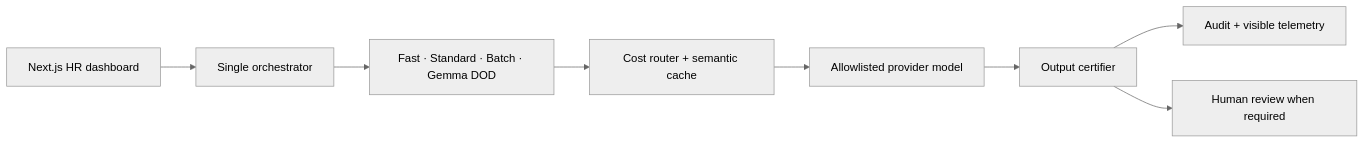
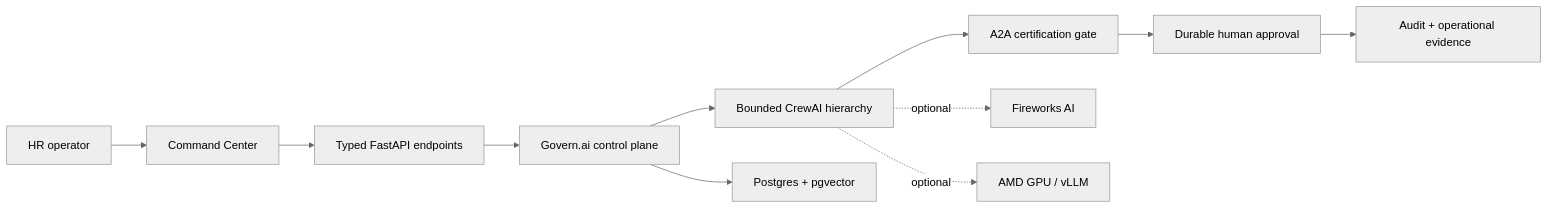
The first of 2 diagrams in README.md (W4sP4nx2/HR-AI-Operations), drawn with Mermaid (neutral theme) before and after one commit. The commit also changed other lines of this file and 30 other files, not shown here.

Commit message:
Ship governed HR agent control plane

````diff
--- a/README.md
+++ b/README.md
@@ -166,10 +27,13 @@
 ```mermaid
 flowchart LR
-    UI["Next.js HR dashboard"] --> ORCH["Single orchestrator"]
-    ORCH --> ROUTE["Fast · Standard · Batch · Gemma DOD"]
-    ROUTE --> COST["Cost router + semantic cache"]
-    COST --> MODEL["Allowlisted provider model"]
-    MODEL --> CERT["Output certifier"]
-    CERT --> AUDIT["Audit + visible telemetry"]
-    CERT --> HUMAN["Human review when required"]
+    USER["HR operator"] --> UI["Command Center"]
+    UI --> API["Typed FastAPI endpoints"]
+    API --> CTRL["Govern.ai control plane"]
+    CTRL --> CREW["Bounded CrewAI hierarchy"]
+    CREW --> CERT["A2A certification gate"]
+    CERT --> HITL["Durable human approval"]
+    HITL --> AUDIT["Audit + operational evidence"]
+    CTRL --> DATA["Postgres + pgvector"]
+    CREW -. optional .-> FW["Fireworks AI"]
+    CREW -. optional .-> AMD["AMD GPU / vLLM"]
 ```
````
